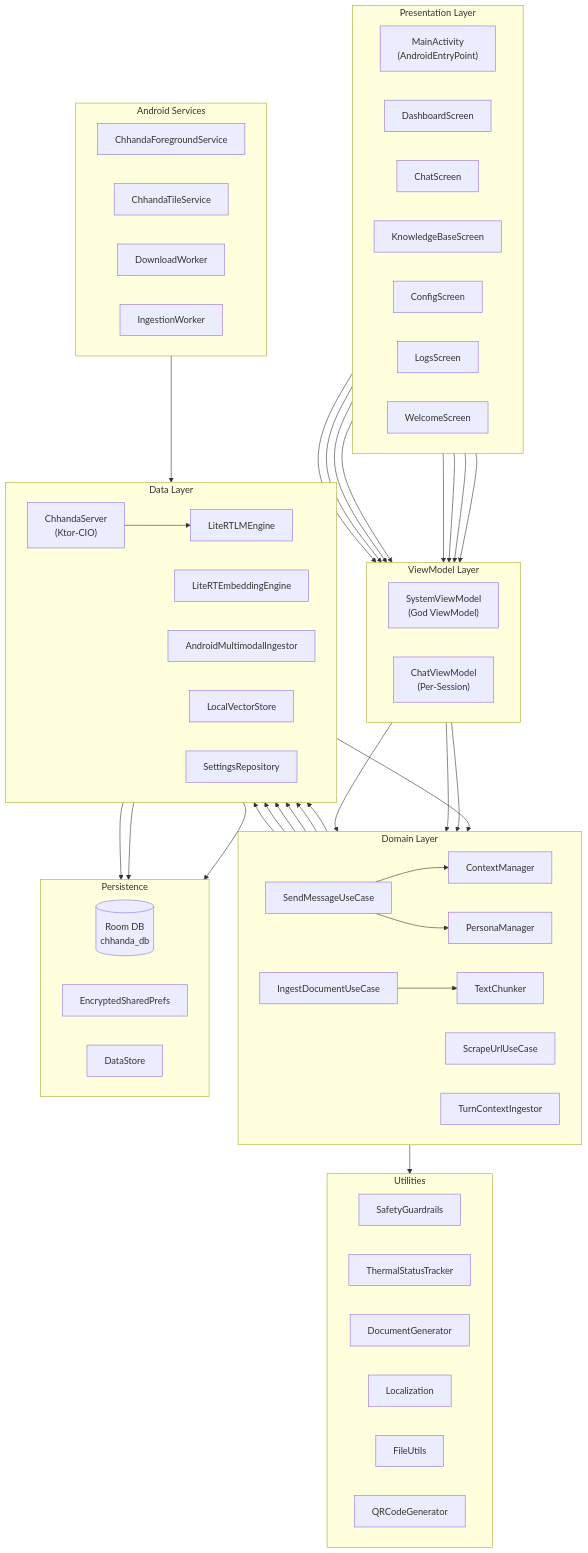
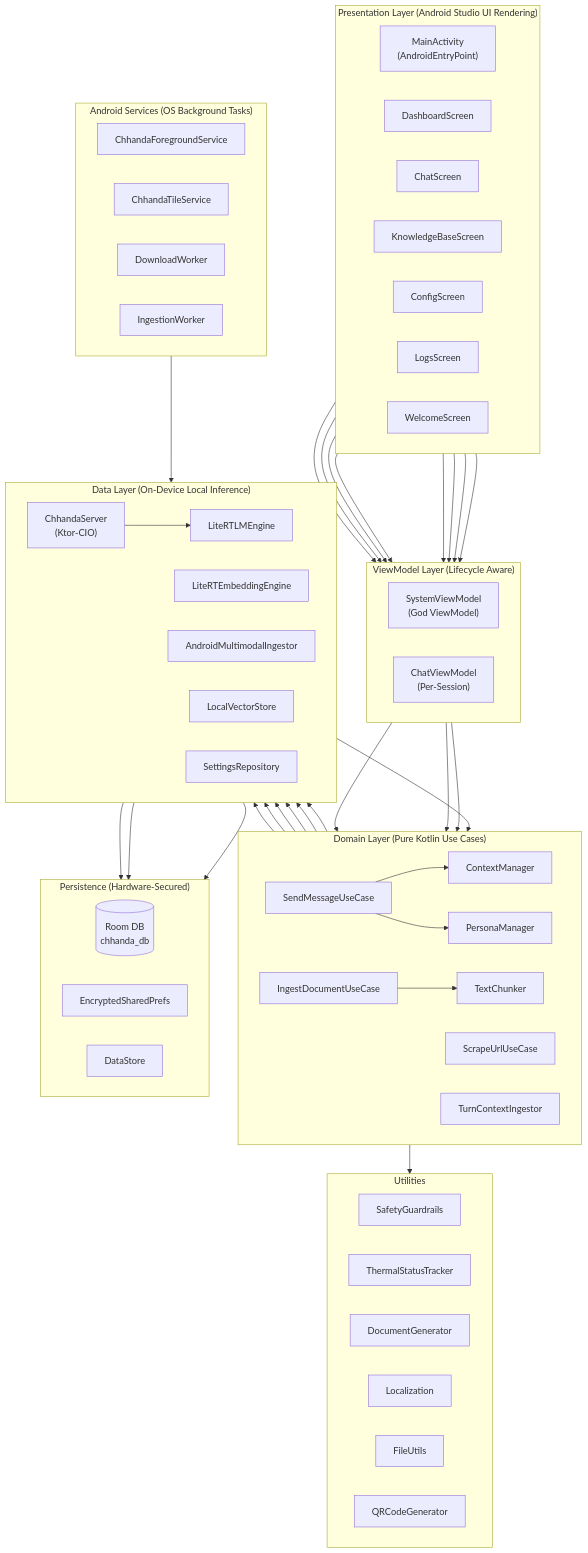
The first of 4 diagrams in README.md (kallolchakraborty/Chhanda-AI), drawn with Mermaid before and after one commit. The commit also changed other lines of this file and 34 other files, not shown here.

Commit message:
Hardening release: thread safety, on-device GGUF stability, updated branding assets, and extensive documentation updates including Android Studio and Gemini 3 Flash exclusive partnership

````diff
--- a/README.md
+++ b/README.md
@@ -116,82 +116,82 @@
 ```mermaid
 graph TB
-    subgraph "Presentation Layer"
+    subgraph "Presentation Layer (Android Studio UI Rendering)"
         direction LR
         MA["MainActivity<br/>(AndroidEntryPoint)"]
         DS["DashboardScreen"]
         CS["ChatScreen"]
         KS["KnowledgeBaseScreen"]
         CF["ConfigScreen"]
         LS["LogsScreen"]
         WS["WelcomeScreen"]
     end
 
-    subgraph "ViewModel Layer"
+    subgraph "ViewModel Layer (Lifecycle Aware)"
         direction LR
         SVM["SystemViewModel<br/>(God ViewModel)"]
         CVM["ChatViewModel<br/>(Per-Session)"]
     end
 
-    subgraph "Domain Layer"
+    subgraph "Domain Layer (Pure Kotlin Use Cases)"
         direction LR
         SMU["SendMessageUseCase"]
         IDU["IngestDocumentUseCase"]
         SUU["ScrapeUrlUseCase"]
         TCI["TurnContextIngestor"]
         CTX["ContextManager"]
         PM["PersonaManager"]
         TC["TextChunker"]
     end
 
-    subgraph "Data Layer"
+    subgraph "Data Layer (On-Device Local Inference)"
         direction LR
         CS2["ChhandaServer<br/>(Ktor-CIO)"]
         LRT["LiteRTLMEngine"]
         EMB["LiteRTEmbeddingEngine"]
         AMI["AndroidMultimodalIngestor"]
         LVS["LocalVectorStore"]
         SR["SettingsRepository"]
     end
 
-    subgraph "Persistence"
+    subgraph "Persistence (Hardware-Secured)"
         direction LR
         RDB[("Room DB<br/>chhanda_db")]
         ESP["EncryptedSharedPrefs"]
         DS2["DataStore"]
     end
 
-    subgraph "Android Services"
+    subgraph "Android Services (OS Background Tasks)"
         direction LR
         FGS["ChhandaForegroundService"]
         TLS["ChhandaTileService"]
         DW["DownloadWorker"]
         IW["IngestionWorker"]
     end
 
     subgraph "Utilities"
         direction LR
         SG["SafetyGuardrails"]
         TST["ThermalStatusTracker"]
         DG["DocumentGenerator"]
         LOC["Localization"]
         FU["FileUtils"]
         QR["QRCodeGenerator"]
     end
 
     MA --> SVM & CVM
     DS & CS & KS & CF & LS --> SVM
     CS --> CVM
 
     CVM --> SMU
     SVM --> IDU & SUU
     SMU --> CTX & PM & LRT & SG
     CTX --> LVS & EMB
     IDU --> AMI & TC & LVS & EMB
 
     CS2 --> LRT
     CS2 --> SMU
     FGS --> CS2
 
     LVS --> RDB
     SR --> ESP & DS2
 ```
````
